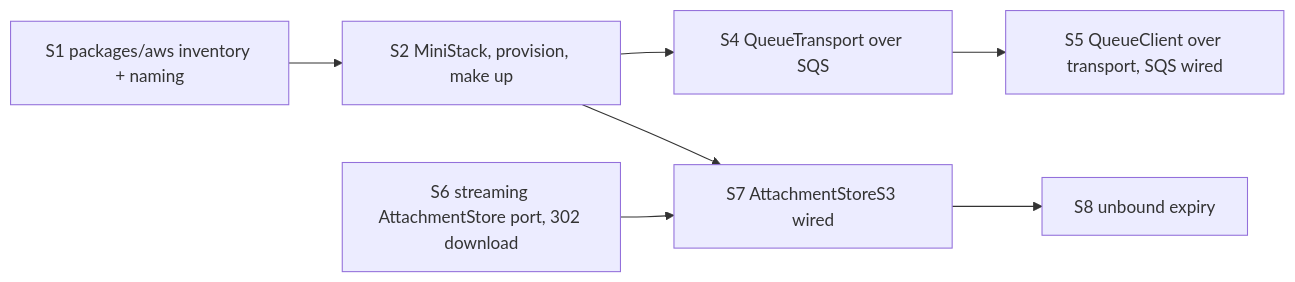
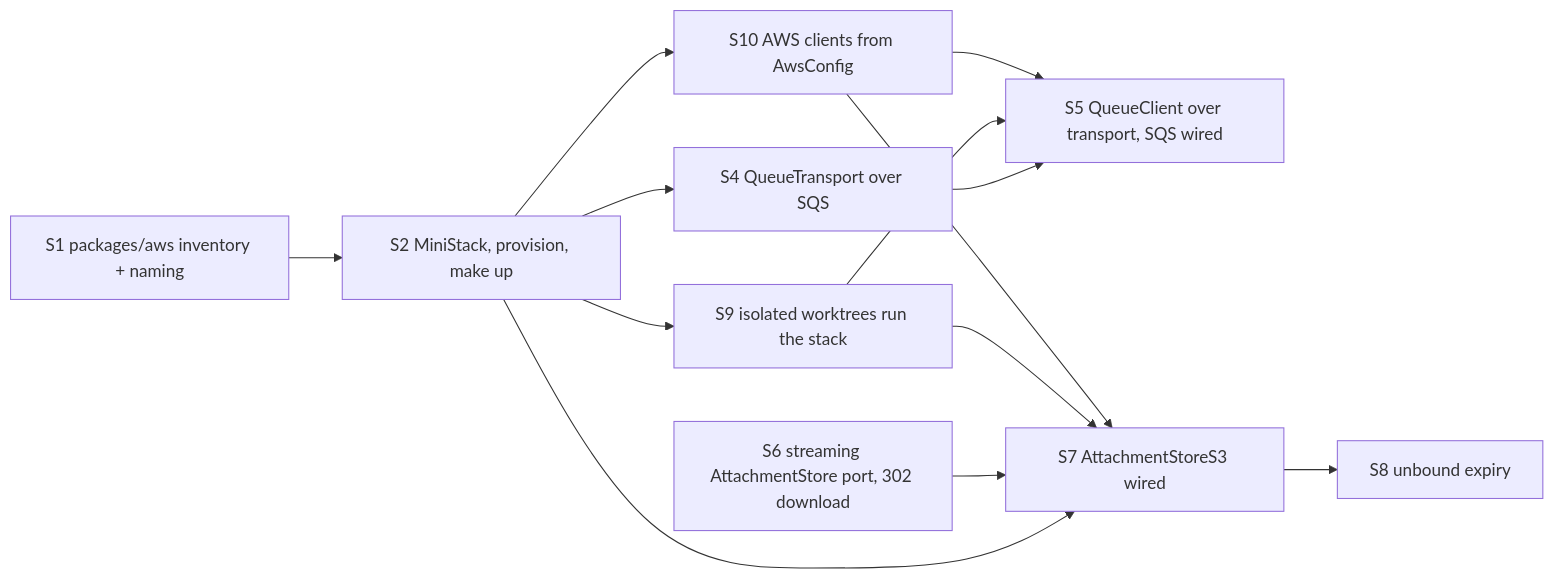
The diagram in docs/tickets/2026-10-19-1448_aws-local/plan.md (khotei/app-template), drawn with Mermaid before and after one commit. The commit also changed other lines of this file, not shown here.

First line of the commit message:
:memo: docs(aws-local): Add S9 and S10 so S5 and S7 run in parallel

````diff
--- a/docs/tickets/2026-10-19-1448_aws-local/plan.md
+++ b/docs/tickets/2026-10-19-1448_aws-local/plan.md
@@ -32,10 +32,16 @@
 ```mermaid
 graph LR
   S1[S1 packages/aws inventory + naming] --> S2[S2 MiniStack, provision, make up]
   S2 --> S4[S4 QueueTransport over SQS]
   S4 --> S5[S5 QueueClient over transport, SQS wired]
   S6[S6 streaming AttachmentStore port, 302 download]
   S2 --> S7[S7 AttachmentStoreS3 wired]
   S6 --> S7
   S7 --> S8[S8 unbound expiry]
+  S2 --> S9[S9 isolated worktrees run the stack]
+  S2 --> S10[S10 AWS clients from AwsConfig]
+  S9 --> S5
+  S9 --> S7
+  S10 --> S5
+  S10 --> S7
 ```
````
